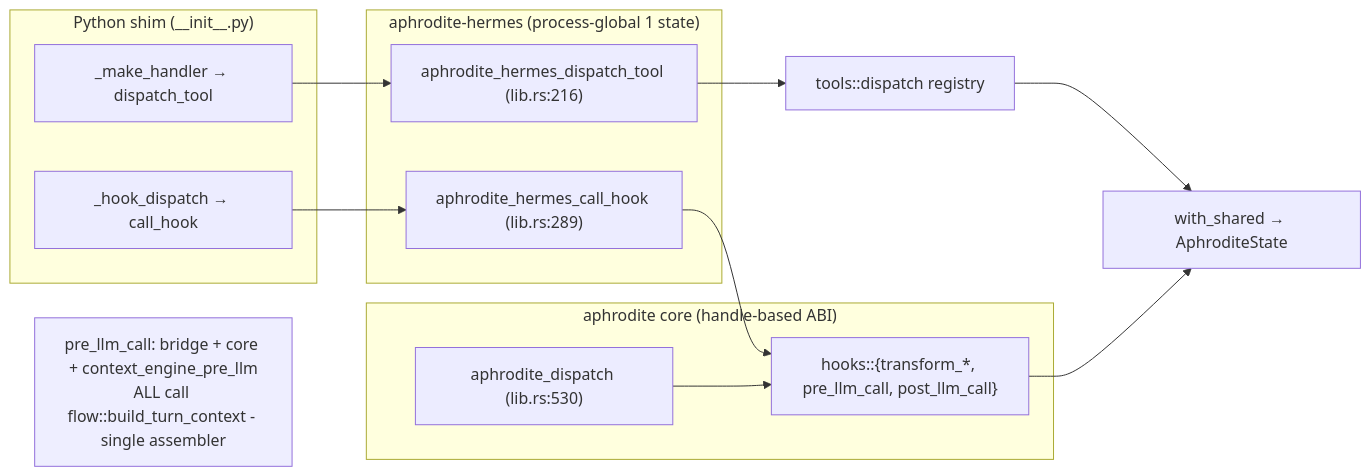
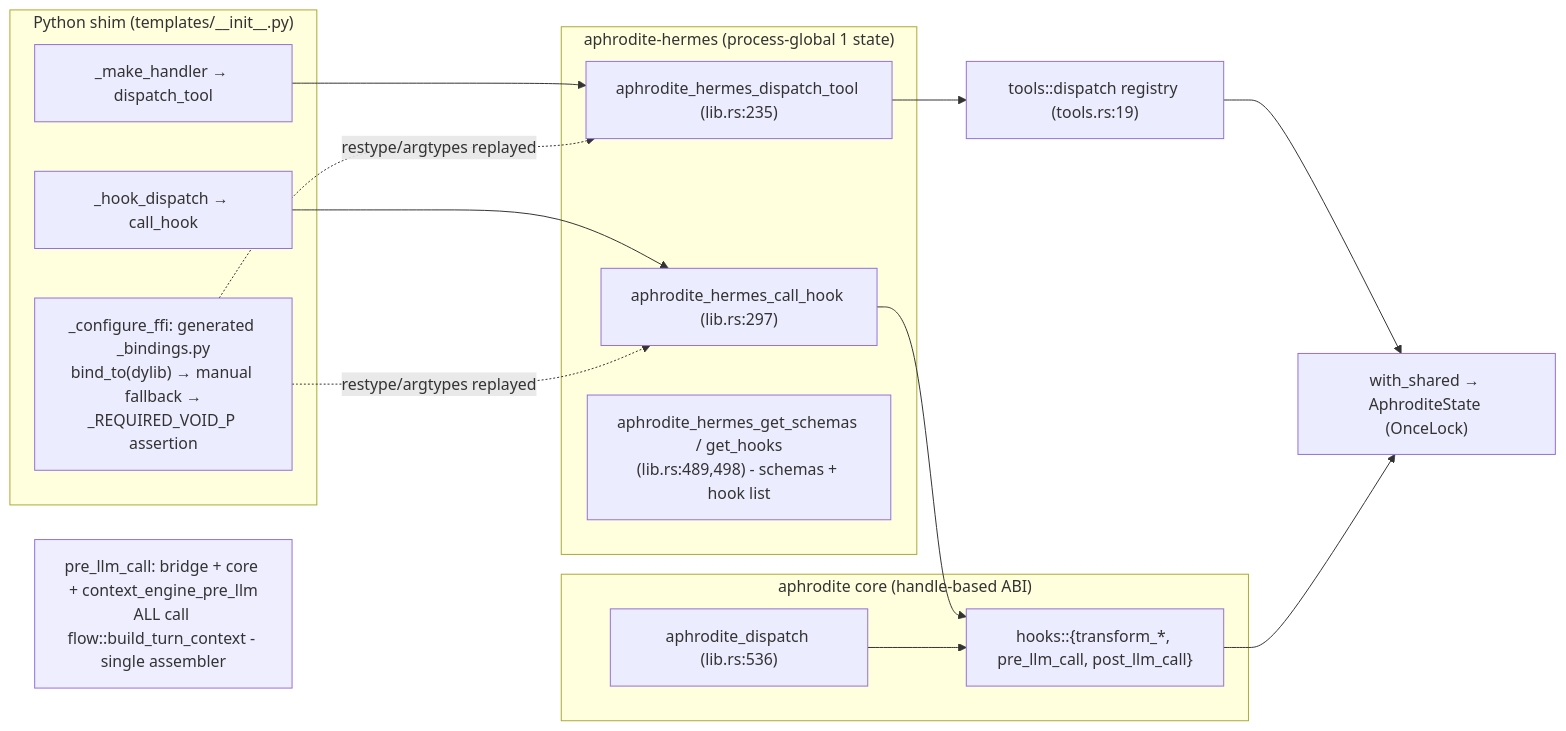
Before and after one commit to PlayForm/Aphrodite: the third of 3 diagrams in .hermes/uml/04-hook-ffi.md, drawn with Mermaid. The commit also changed other lines of this file and 20 other files, not shown here.

````diff
--- a/.hermes/uml/04-hook-ffi.md
+++ b/.hermes/uml/04-hook-ffi.md
@@ -82,24 +105,28 @@
 ```mermaid
 flowchart LR
-    subgraph py["Python shim (__init__.py)"]
+    subgraph py["Python shim (templates/__init__.py)"]
       T["_make_handler → dispatch_tool"]
       HK["_hook_dispatch → call_hook"]
+      FFI["_configure_ffi: generated _bindings.py<br/>bind_to(dylib) → manual fallback →<br/>_REQUIRED_VOID_P assertion"]
     end
     subgraph bridge["aphrodite-hermes (process-global 1 state)"]
-      DT["aphrodite_hermes_dispatch_tool (lib.rs:216)"]
-      CH2["aphrodite_hermes_call_hook (lib.rs:289)"]
+      DT["aphrodite_hermes_dispatch_tool (lib.rs:235)"]
+      CH2["aphrodite_hermes_call_hook (lib.rs:297)"]
+      SG["aphrodite_hermes_get_schemas / get_hooks<br/>(lib.rs:489,498) - schemas + hook list"]
     end
     subgraph core["aphrodite core (handle-based ABI)"]
-      DP["aphrodite_dispatch (lib.rs:530)"]
+      DP["aphrodite_dispatch (lib.rs:536)"]
       IH["hooks::{transform_*, pre_llm_call, post_llm_call}"]
     end
     T --> DT
     HK --> CH2
-    DT --> R["tools::dispatch registry"]
+    DT --> R["tools::dispatch registry (tools.rs:19)"]
     CH2 --> IH
     DP --> IH
-    R --> SH["with_shared → AphroditeState"]
+    R --> SH["with_shared → AphroditeState (OnceLock)"]
     IH --> SH
+    FFI -.->|restype/argtypes replayed| DT
+    FFI -.->|restype/argtypes replayed| CH2
     Note1["pre_llm_call: bridge + core + context_engine_pre_llm<br/>ALL call flow::build_turn_context - single assembler"]
     style Note1 fill:#eef
 ```
````
